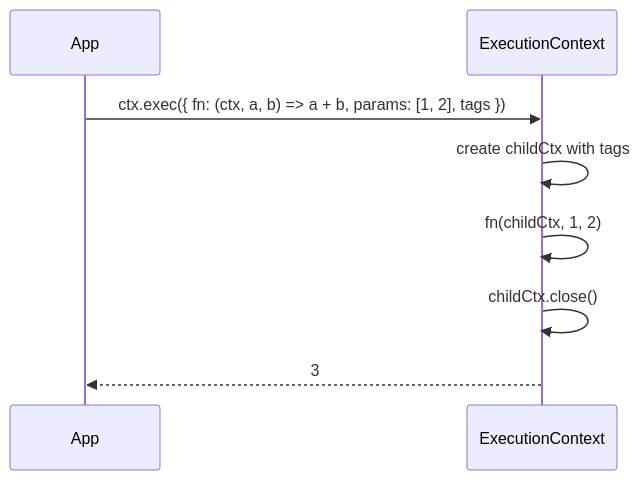
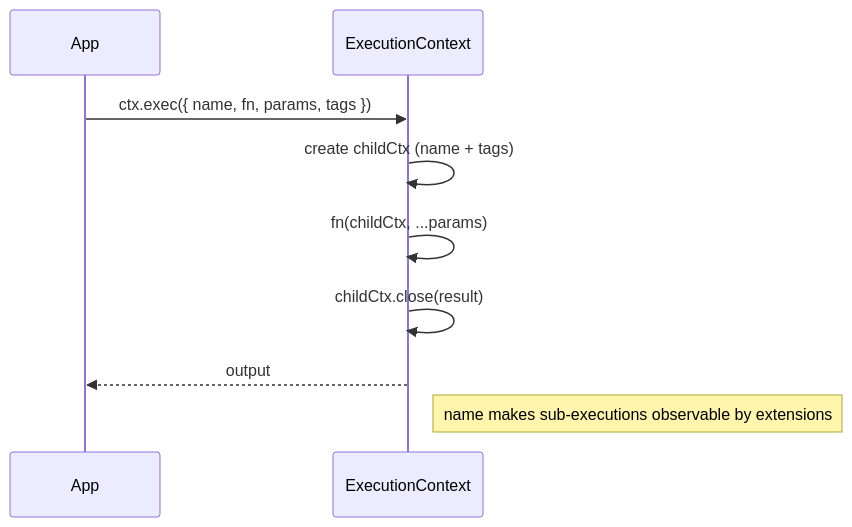
Before and after one commit to pumped-fn/pumped-fn: the tenth of 11 diagrams in packages/lite/PATTERNS.md, drawn with Mermaid. The commit also changed other lines of this file and 8 other files, not shown here.

First line of the commit message:
feat(lite): CloseResult-aware cleanup and CLI discovery tool

````diff
--- a/packages/lite/PATTERNS.md
+++ b/packages/lite/PATTERNS.md
@@ -226,11 +243,12 @@
 ```mermaid
 sequenceDiagram
     participant App
     participant Ctx as ExecutionContext
 
-    App->>Ctx: ctx.exec({ fn: (ctx, a, b) => a + b, params: [1, 2], tags })
-    Ctx->>Ctx: create childCtx with tags
-    Ctx->>Ctx: fn(childCtx, 1, 2)
-    Ctx->>Ctx: childCtx.close()
-    Ctx-->>App: 3
+    App->>Ctx: ctx.exec({ name, fn, params, tags })
+    Ctx->>Ctx: create childCtx (name + tags)
+    Ctx->>Ctx: fn(childCtx, ...params)
+    Ctx->>Ctx: childCtx.close(result)
+    Ctx-->>App: output
+    Note right of Ctx: name makes sub-executions observable by extensions
 ```
````
